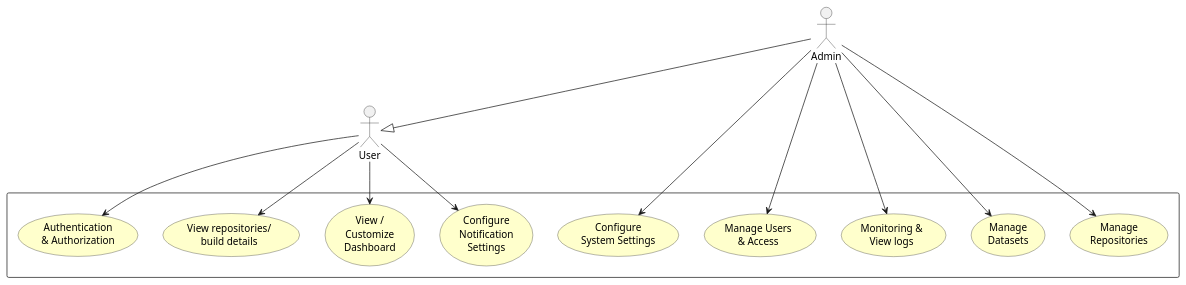
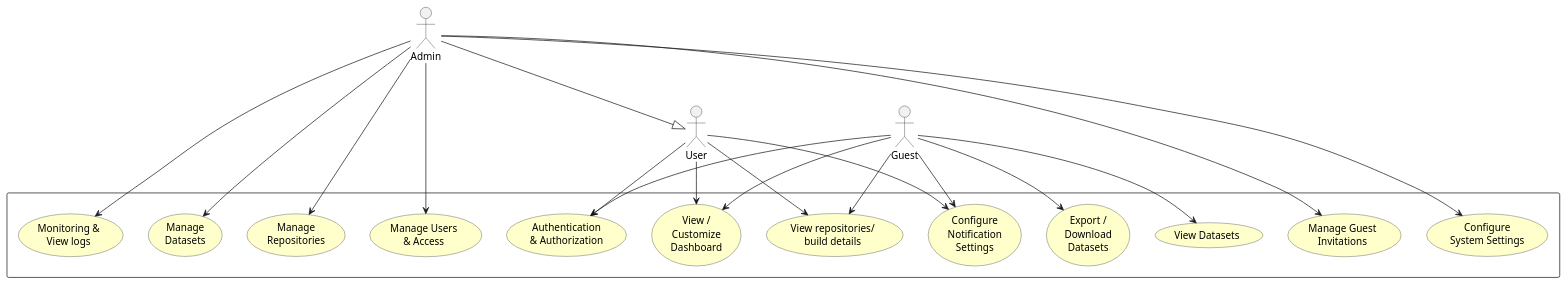
One commit to hung-org-117/build-risk-dashboard changed the diagram in diagrams/uc_00_main.puml. Above: the diagram before and after it, drawn with PlantUML. The commit also changed 46 other files, not shown here.

```diff
--- a/diagrams/uc_00_main.puml
+++ b/diagrams/uc_00_main.puml
@@ -1,46 +1,59 @@
 @startuml
 '===============================================================
 ' OVERVIEW USE CASE - CI/CD BUILD RISK EVALUATION SYSTEM
 '===============================================================
 
 skinparam actorStyle stick
 skinparam usecase {
     BorderColor #333333
     BackgroundColor #FFFFCC
 }
 
 top to bottom direction
 
 ' =============== ACTORS ===============
 actor "User" as User
 actor "Admin" as Admin
+actor "Guest" as Guest
 Admin --|> User
 
 ' =============== SYSTEM BOUNDARY ===============
 rectangle {
     
     usecase "Configure\nNotification\nSettings" as UC_NotifSettings
     usecase "View /\nCustomize\nDashboard" as UC_Dashboard
     usecase "View repositories/\nbuild details" as UC_Repos
+    usecase "View Datasets" as UC_ViewDatasets
+    usecase "Export /\nDownload\nDatasets" as UC_ExportDatasets
     usecase "Authentication\n& Authorization" as UC_Auth
     usecase "Configure\nSystem Settings" as UC_Settings
     usecase "Manage Users\n& Access" as UC_Users
+    usecase "Manage Guest\nInvitations" as UC_Invites
     usecase "Monitoring &\nView logs" as UC_Monitoring
     usecase "Manage\nDatasets" as UC_Datasets
     usecase "Manage\nRepositories" as UC_ManageRepos
 }
 
 ' =============== ADMIN ASSOCIATIONS ===============
 Admin --> UC_Settings
 Admin --> UC_Users
+Admin --> UC_Invites
 Admin --> UC_Monitoring
 Admin --> UC_Datasets
 Admin --> UC_ManageRepos
 
 ' =============== USER ASSOCIATIONS ===============
 User --> UC_NotifSettings
 User --> UC_Dashboard
 User --> UC_Repos
 User --> UC_Auth
 
+' =============== GUEST ASSOCIATIONS ===============
+Guest --> UC_Auth
+Guest --> UC_Dashboard
+Guest --> UC_Repos
+Guest --> UC_NotifSettings
+Guest --> UC_ViewDatasets
+Guest --> UC_ExportDatasets
+
 @enduml
```
